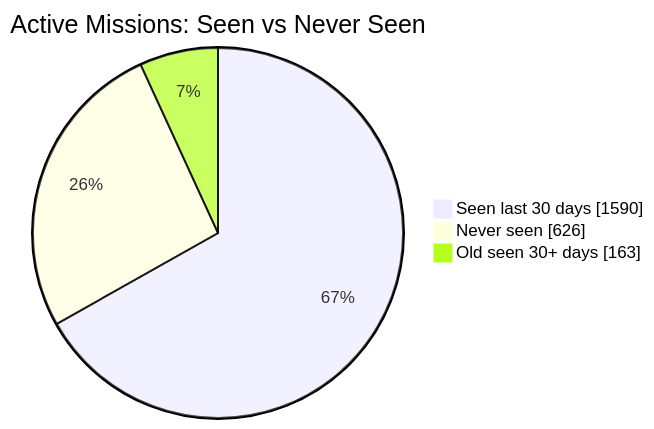
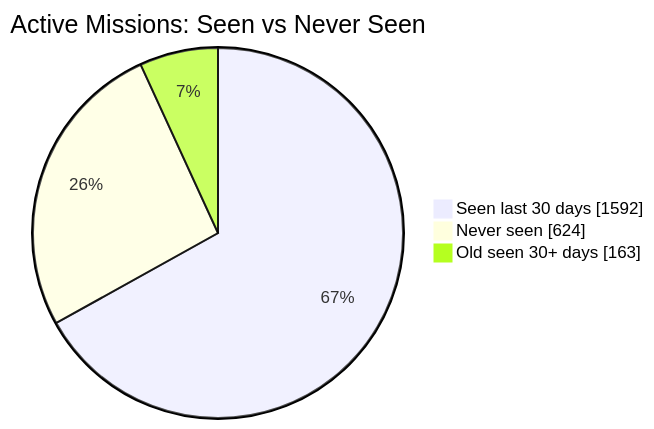
One commit to MeldkamerspelGameTeam/active-missions changed the first of 2 diagrams in README.md. Above: the diagram before and after it, drawn with Mermaid. The commit also changed other lines of this file and 3 other files, not shown here.

````diff
--- a/README.md
+++ b/README.md
@@ -34,7 +34,7 @@
 ```mermaid
 pie showData
     title Active Missions: Seen vs Never Seen
-    "Seen last 30 days" : 1590
-    "Never seen" : 626
+    "Seen last 30 days" : 1592
+    "Never seen" : 624
     "Old seen 30+ days" : 163
 ```
````
